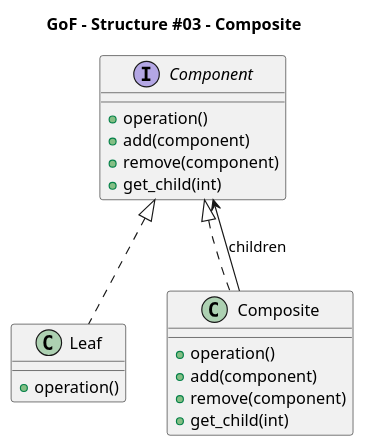
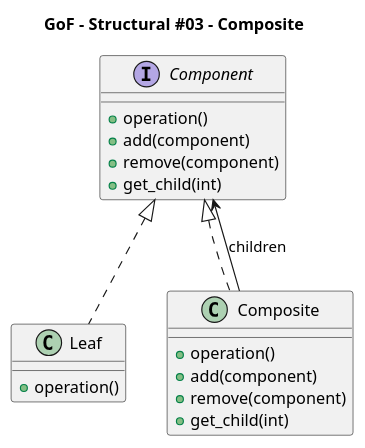
The diagram in GoF/GoF_st03_composite.puml (Takayoshi-Matsuyama/design_patterns), drawn with PlantUML before and after one commit. The commit also changed 36 other files, not shown here.

Commit message:
GoF - Class Diagrams

```diff
--- a/GoF/GoF_st03_composite.puml
+++ b/GoF/GoF_st03_composite.puml
@@ -1,40 +1,40 @@
 @startuml gof_composite
 
 'Copyright 2026 Takayoshi Matsuyama
 '
 'Licensed under the Apache License, Version 2.0 (the "License");
 'you may not use this file except in compliance with the License.
 'You may obtain a copy of the License at
 '
 '    http://www.apache.org/licenses/LICENSE-2.0
 '
 'Unless required by applicable law or agreed to in writing, software
 'distributed under the License is distributed on an "AS IS" BASIS,
 'WITHOUT WARRANTIES OR CONDITIONS OF ANY KIND, either express or implied.
 'See the License for the specific language governing permissions and
 'limitations under the License.
 
-title GoF - Structure #03 - Composite
+title GoF - Structural #03 - Composite
 
 interface Component {
     +operation()
     +add(component)
     +remove(component)
     +get_child(int)
 }
 
 class Leaf {
     +operation()
 }
 
 class Composite {
     +operation()
     +add(component)
     +remove(component)
     +get_child(int)
 }
 
 Component <|.. Leaf
 Component <|.. Composite
 Composite --> Component : children
 @enduml
```
